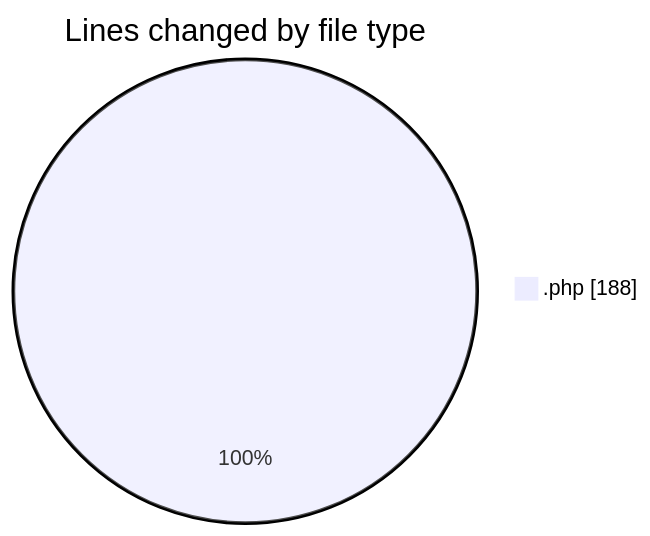
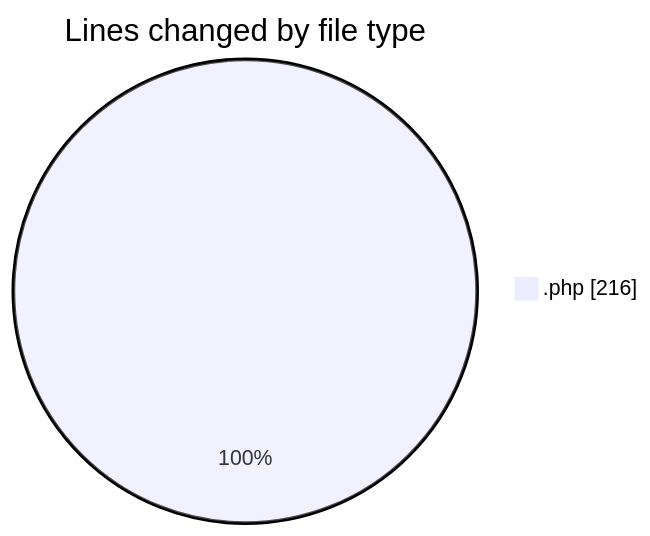
One commit to LanceThiago/code-tracking changed the first of 2 diagrams in 2026-08-31/web/README.md. Above: the diagram before and after it, drawn with Mermaid. The commit also changed other lines of this file and 1 other file, not shown here.

````diff
--- a/2026-08-31/web/README.md
+++ b/2026-08-31/web/README.md
@@ -22,5 +22,5 @@
 ```mermaid
 pie showData
 title Lines changed by file type
-".php" : 188
+".php" : 216
 ```
````
